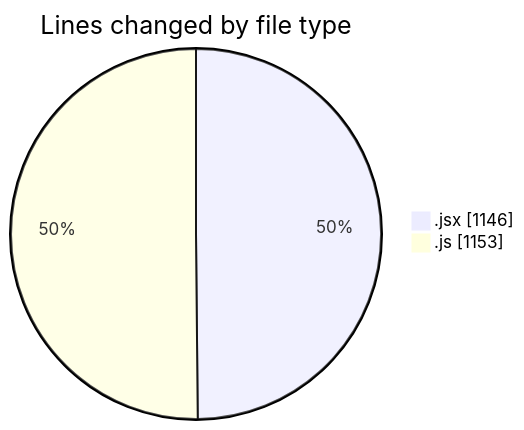
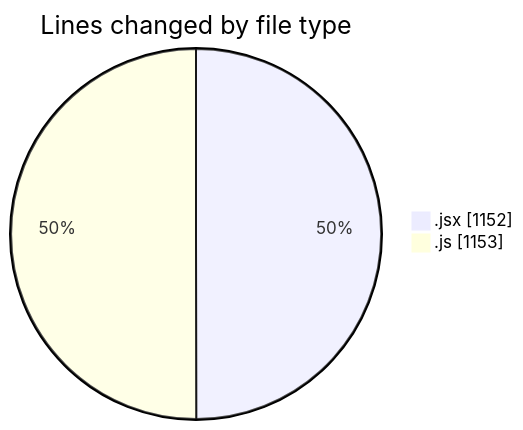
One commit to nxtqubesakshisongat/code-tracking changed the first of 2 diagrams in 2025-12-08/nxtqube_webapp/README.md. Above: the diagram before and after it, drawn with Mermaid. The commit also changed other lines of this file and 1 other file, not shown here.

````diff
--- a/2025-12-08/nxtqube_webapp/README.md
+++ b/2025-12-08/nxtqube_webapp/README.md
@@ -24,6 +24,6 @@
 ```mermaid
 pie showData
 title Lines changed by file type
-".jsx" : 1146
+".jsx" : 1152
 ".js" : 1153
 ```
````
